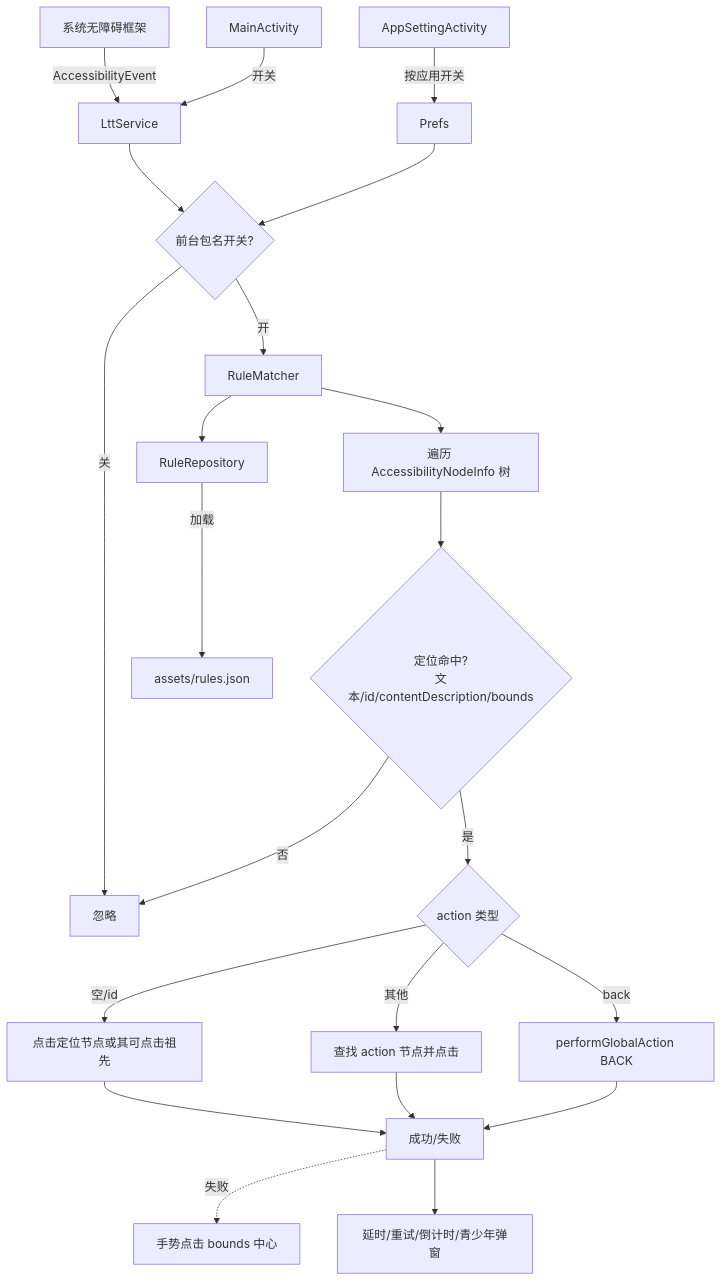
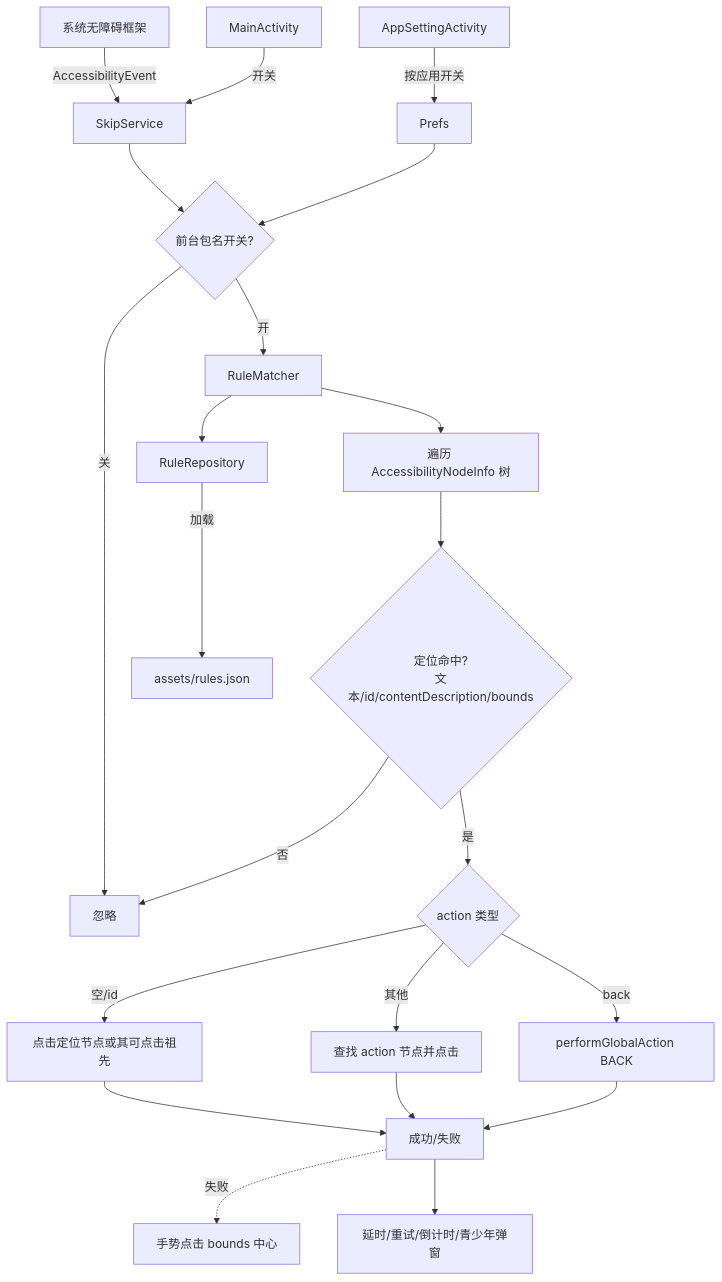
The diagram in docs/02-design.md (miaoyf/JingPingZhuShou), drawn with Mermaid before and after one commit. The commit also changed other lines of this file and 34 other files, not shown here.

````diff
--- a/docs/02-design.md
+++ b/docs/02-design.md
@@ -24,24 +24,24 @@
 ```mermaid
 flowchart TD
-    A[系统无障碍框架] -->|AccessibilityEvent| B[LttService]
+    A[系统无障碍框架] -->|AccessibilityEvent| B[SkipService]
     B --> C{前台包名开关?}
     C -- 关 --> Z[忽略]
     C -- 开 --> D[RuleMatcher]
     D --> E[遍历 AccessibilityNodeInfo 树]
     E --> F{定位命中?<br/>文本/id/contentDescription/bounds}
     F -- 否 --> Z
     F -- 是 --> G{action 类型}
     G -- 空/id --> H[点击定位节点或其可点击祖先]
     G -- back --> I[performGlobalAction BACK]
     G -- 其他 --> J[查找 action 节点并点击]
     H --> K[成功/失败]
     J --> K
     I --> K
     K -.失败.-> L[手势点击 bounds 中心]
     K --> M[延时/重试/倒计时/青少年弹窗]
     N[MainActivity] -->|开关| B
     O[AppSettingActivity] -->|按应用开关| P[Prefs]
     Q[RuleRepository] -->|加载| R[assets/rules.json]
     D --> Q
     P --> C
 ```
````
